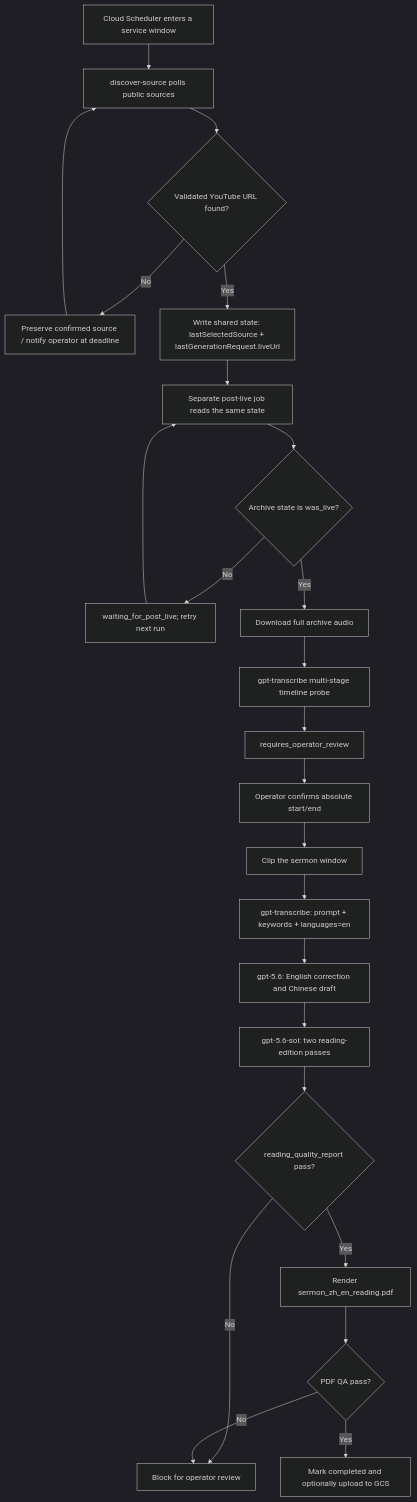
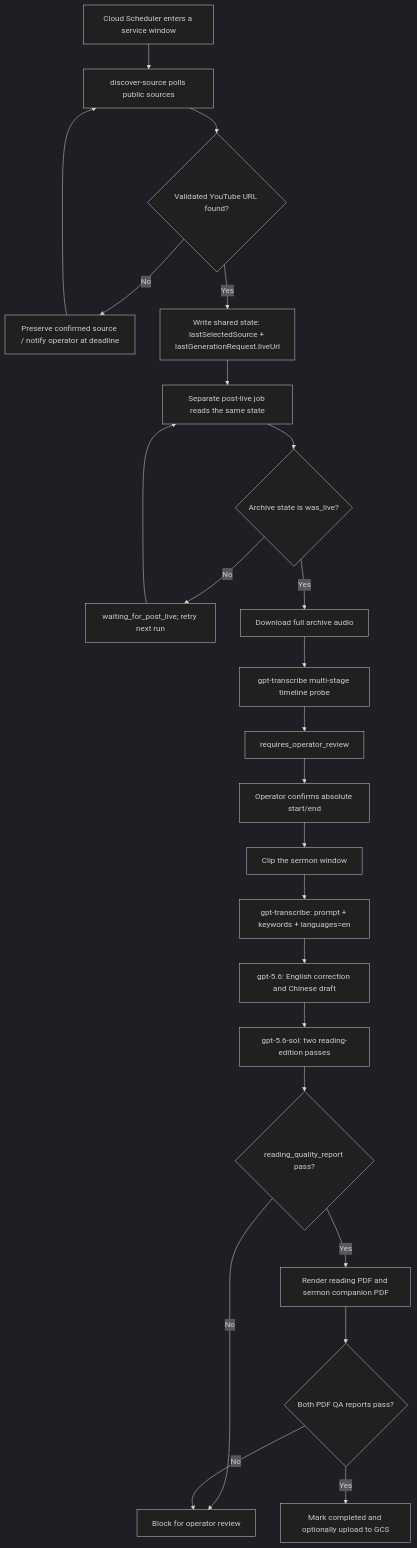
Before and after one commit to JonathanJing/sermon-video-zh-subtitles: the diagram in README.md, drawn with Mermaid (dark theme). The commit also changed other lines of this file and 20 other files, not shown here.

Commit message:
Add sermon companion PDF deliverable

````diff
--- a/README.md
+++ b/README.md
@@ -57,26 +57,26 @@
 ```mermaid
 flowchart TD
     A[Cloud Scheduler enters a service window] --> B[discover-source polls public sources]
     B --> C{Validated YouTube URL found?}
     C -- No --> D[Preserve confirmed source / notify operator at deadline]
     C -- Yes --> E["Write shared state: lastSelectedSource + lastGenerationRequest.liveUrl"]
     D --> B
     E --> F[Separate post-live job reads the same state]
     F --> G{Archive state is was_live?}
     G -- No --> H[waiting_for_post_live; retry next run]
     H --> F
     G -- Yes --> I[Download full archive audio]
     I --> J[gpt-transcribe multi-stage timeline probe]
     J --> K[requires_operator_review]
     K --> L[Operator confirms absolute start/end]
     L --> M[Clip the sermon window]
     M --> N["gpt-transcribe: prompt + keywords + languages=en"]
     N --> O["gpt-5.6: English correction and Chinese draft"]
     O --> P["gpt-5.6-sol: two reading-edition passes"]
     P --> Q{reading_quality_report pass?}
     Q -- No --> R[Block for operator review]
-    Q -- Yes --> S[Render sermon_zh_en_reading.pdf]
-    S --> T{PDF QA pass?}
+    Q -- Yes --> S[Render reading PDF and sermon companion PDF]
+    S --> T{Both PDF QA reports pass?}
     T -- No --> R
     T -- Yes --> U[Mark completed and optionally upload to GCS]
 ```
````
